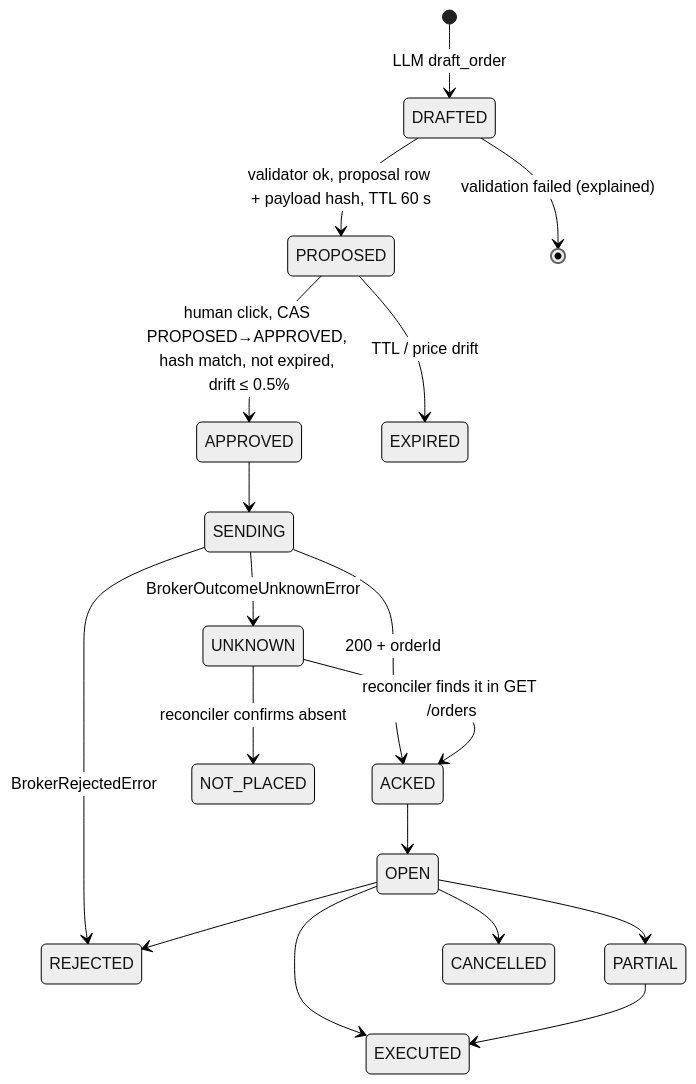
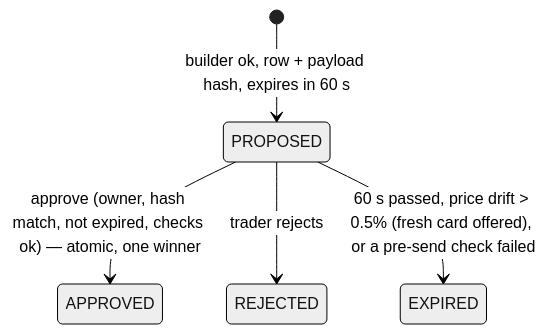
One commit to CMPN-CODECELL/Syrus7_Git_Out_Of_My_Branch changed the eighth of 9 diagrams in docs/ARCHITECTURE.md. Above: the diagram before and after it, drawn with Mermaid (neutral theme). The commit also changed other lines of this file and 47 other files, not shown here.

````diff
--- a/docs/ARCHITECTURE.md
+++ b/docs/ARCHITECTURE.md
@@ -247,20 +296,7 @@
 ```mermaid
 stateDiagram-v2
-  [*] --> DRAFTED: LLM draft_order
-  DRAFTED --> PROPOSED: validator ok, proposal row + payload hash, TTL 60 s
-  DRAFTED --> [*]: validation failed (explained)
-  PROPOSED --> APPROVED: human click, CAS PROPOSED→APPROVED, hash match, not expired, drift ≤ 0.5%
-  PROPOSED --> EXPIRED: TTL / price drift
-  APPROVED --> SENDING
-  SENDING --> ACKED: 200 + orderId
-  SENDING --> REJECTED: BrokerRejectedError
-  SENDING --> UNKNOWN: BrokerOutcomeUnknownError
-  UNKNOWN --> ACKED: reconciler finds it in GET /orders
-  UNKNOWN --> NOT_PLACED: reconciler confirms absent
-  ACKED --> OPEN
-  OPEN --> EXECUTED
-  OPEN --> PARTIAL
-  OPEN --> CANCELLED
-  OPEN --> REJECTED
-  PARTIAL --> EXECUTED
+  [*] --> PROPOSED: builder ok, row + payload hash, expires in 60 s
+  PROPOSED --> APPROVED: approve (owner, hash match, not expired, checks ok) — atomic, one winner
+  PROPOSED --> REJECTED: trader rejects
+  PROPOSED --> EXPIRED: 60 s passed, price drift > 0.5% (fresh card offered), or a pre-send check failed
 ```
````
